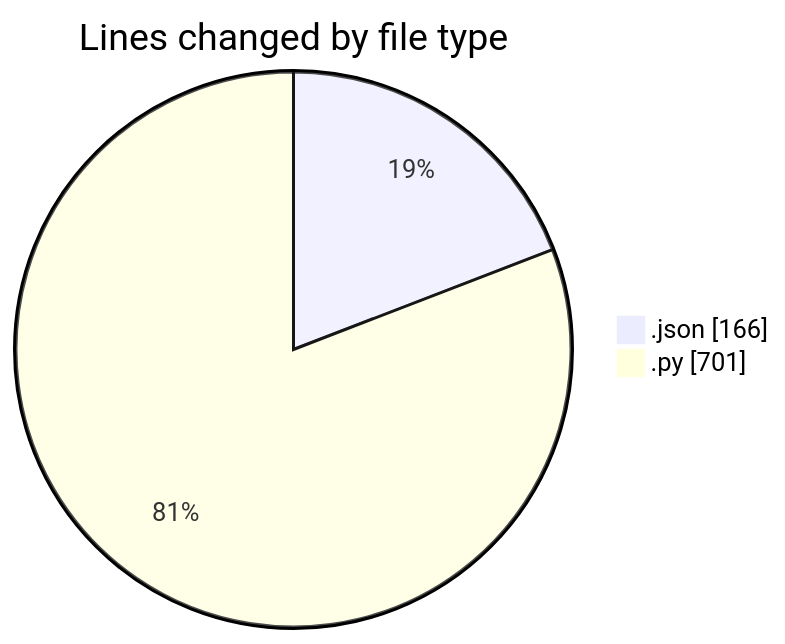
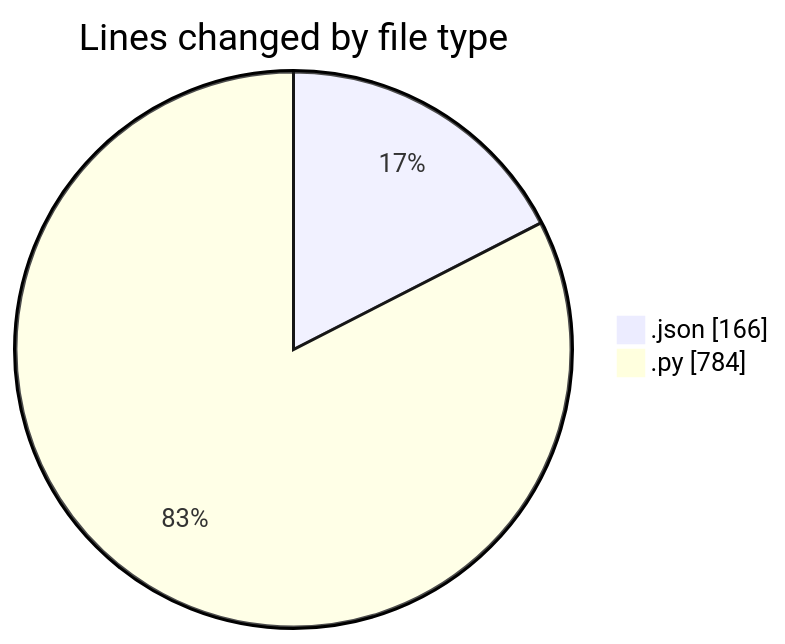
The first of 2 diagrams in 2025-11-14/untitled__workspace_/README.md (MatusMokan/code-tracking), drawn with Mermaid before and after one commit. The commit also changed other lines of this file and 1 other file, not shown here.

````diff
--- a/2025-11-14/untitled__workspace_/README.md
+++ b/2025-11-14/untitled__workspace_/README.md
@@ -23,6 +23,6 @@
 ```mermaid
 pie showData
 title Lines changed by file type
 ".json" : 166
-".py" : 701
+".py" : 784
 ```
````
